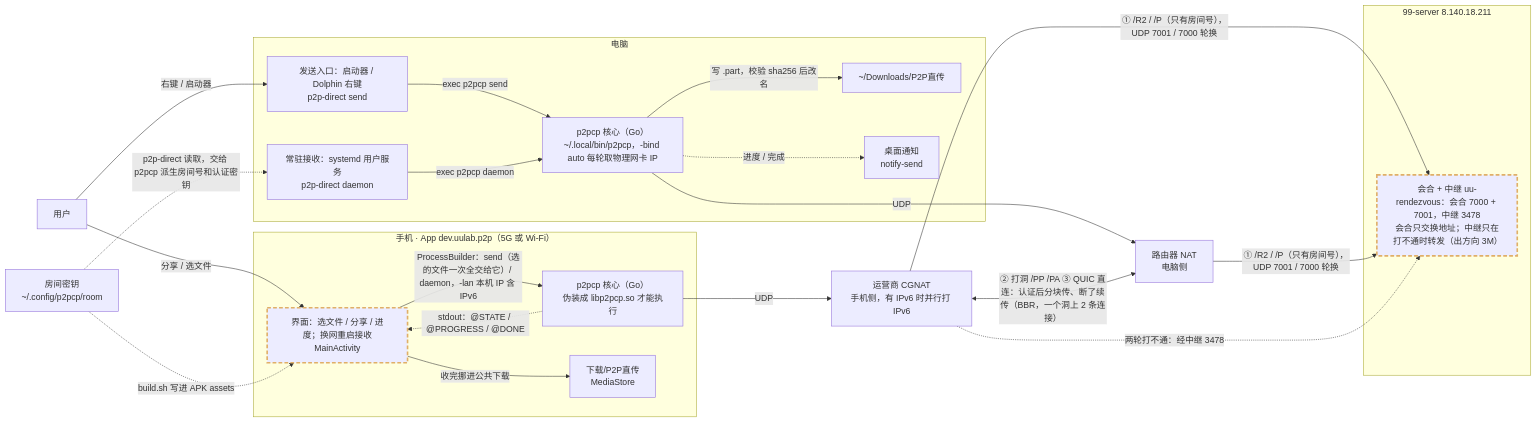
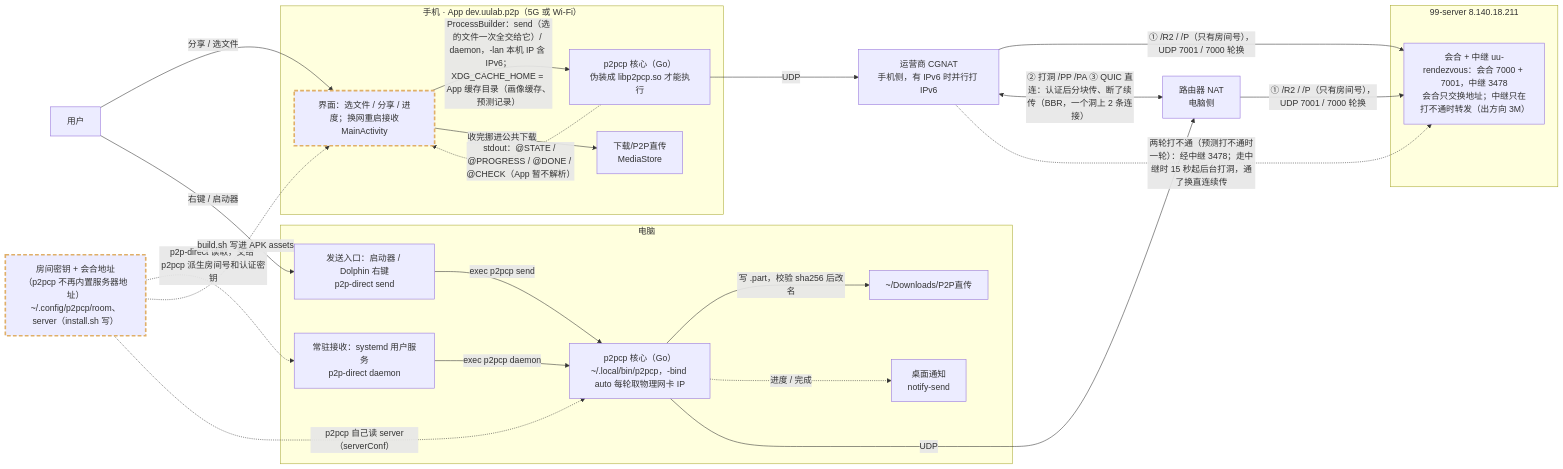
Before and after one commit to numb747/uu-remote-study: the diagram in docs/arch/31-p2p-direct.mmd, drawn with Mermaid. The commit also changed 9 other files, not shown here.

First line of the commit message:
架构地图：同步到 d578d66（第 8 步收尾），DESIGN 8 步全部勾掉

```diff
--- a/docs/arch/31-p2p-direct.mmd
+++ b/docs/arch/31-p2p-direct.mmd
@@ -1,49 +1,50 @@
 flowchart LR
   user["用户"]
   subgraph phone["手机 · App dev.uulab.p2p（5G 或 Wi-Fi）"]
     app_ui["界面：选文件 / 分享 / 进度；换网重启接收<br/>MainActivity"]:::changed
     app_core["p2pcp 核心（Go）<br/>伪装成 libp2pcp.so 才能执行"]
     phone_dl["下载/P2P直传<br/>MediaStore"]
   end
   subgraph cloud["99-server 8.140.18.211"]
-    rdv["会合 + 中继 uu-rendezvous：会合 7000 + 7001，中继 3478<br/>会合只交换地址；中继只在打不通时转发（出方向 3M）"]:::changed
+    rdv["会合 + 中继 uu-rendezvous：会合 7000 + 7001，中继 3478<br/>会合只交换地址；中继只在打不通时转发（出方向 3M）"]
   end
   nat_phone["运营商 CGNAT<br/>手机侧，有 IPv6 时并行打 IPv6"]
   nat_pc["路由器 NAT<br/>电脑侧"]
   subgraph pc["电脑"]
     pc_entry["发送入口：启动器 / Dolphin 右键<br/>p2p-direct send"]
     pc_svc["常驻接收：systemd 用户服务<br/>p2p-direct daemon"]
     pc_core["p2pcp 核心（Go）<br/>~/.local/bin/p2pcp，-bind auto 每轮取物理网卡 IP"]
     pc_dl["~/Downloads/P2P直传"]
     notify["桌面通知<br/>notify-send"]
   end
-  room_key["房间密钥<br/>~/.config/p2pcp/room"]
+  room_key["房间密钥 + 会合地址（p2pcp 不再内置服务器地址）<br/>~/.config/p2pcp/room、server（install.sh 写）"]:::changed
 
   user -->|"分享 / 选文件"| app_ui
   user -->|"右键 / 启动器"| pc_entry
-  app_ui -->|"ProcessBuilder：send（选的文件一次全交给它）/ daemon，-lan 本机 IP 含 IPv6"| app_core
-  app_core -.->|"stdout：@STATE / @PROGRESS / @DONE"| app_ui
+  app_ui -->|"ProcessBuilder：send（选的文件一次全交给它）/ daemon，-lan 本机 IP 含 IPv6；XDG_CACHE_HOME = App 缓存目录（画像缓存、预测记录）"| app_core
+  app_core -.->|"stdout：@STATE / @PROGRESS / @DONE / @CHECK（App 暂不解析）"| app_ui
   app_ui -->|"收完挪进公共下载"| phone_dl
   pc_entry -->|"exec p2pcp send"| pc_core
   pc_svc -->|"exec p2pcp daemon"| pc_core
   pc_core -->|"写 .part，校验 sha256 后改名"| pc_dl
   pc_core -.->|"进度 / 完成"| notify
   room_key -.->|"p2p-direct 读取，交给 p2pcp 派生房间号和认证密钥"| pc_svc
   room_key -.->|"build.sh 写进 APK assets"| app_ui
+  room_key -.->|"p2pcp 自己读 server（serverConf）"| pc_core
   app_core -->|UDP| nat_phone
   pc_core -->|UDP| nat_pc
   nat_phone -->|"① /R2 / /P（只有房间号），UDP 7001 / 7000 轮换"| rdv
   nat_pc -->|"① /R2 / /P（只有房间号），UDP 7001 / 7000 轮换"| rdv
   nat_phone <-->|"② 打洞 /PP /PA ③ QUIC 直连：认证后分块传、断了续传（BBR，一个洞上 2 条连接）"| nat_pc
-  nat_phone -.->|"两轮打不通：经中继 3478"| rdv
+  nat_phone -.->|"两轮打不通（预测打不通时一轮）：经中继 3478；走中继时 15 秒起后台打洞，通了换直连续传"| rdv
 
 %% @src app_ui apps/android/src/dev/uulab/p2p/MainActivity.java public class MainActivity extends Activity
 %% @src app_core apps/android/src/dev/uulab/p2p/MainActivity.java cmd.add(getApplicationInfo().nativeLibraryDir + "/libp2pcp.so");
 %% @src rdv lab/punch/main.go func runServer
 %% @src pc_entry apps/pc/p2p-direct send)
 %% @src pc_svc apps/pc/install.sh ExecStart=%h/.local/bin/p2p-direct daemon
 %% @src pc_core apps/pc/install.sh -o ~/.local/bin/p2pcp ./p2pcp
 %% @link app_core 24-flow-p2pcp.mmd
 %% @link pc_core 24-flow-p2pcp.mmd
 %% @link rdv 20-flow-punch.mmd
 classDef changed stroke:#e0af68,stroke-width:3px,stroke-dasharray:7 4
```
